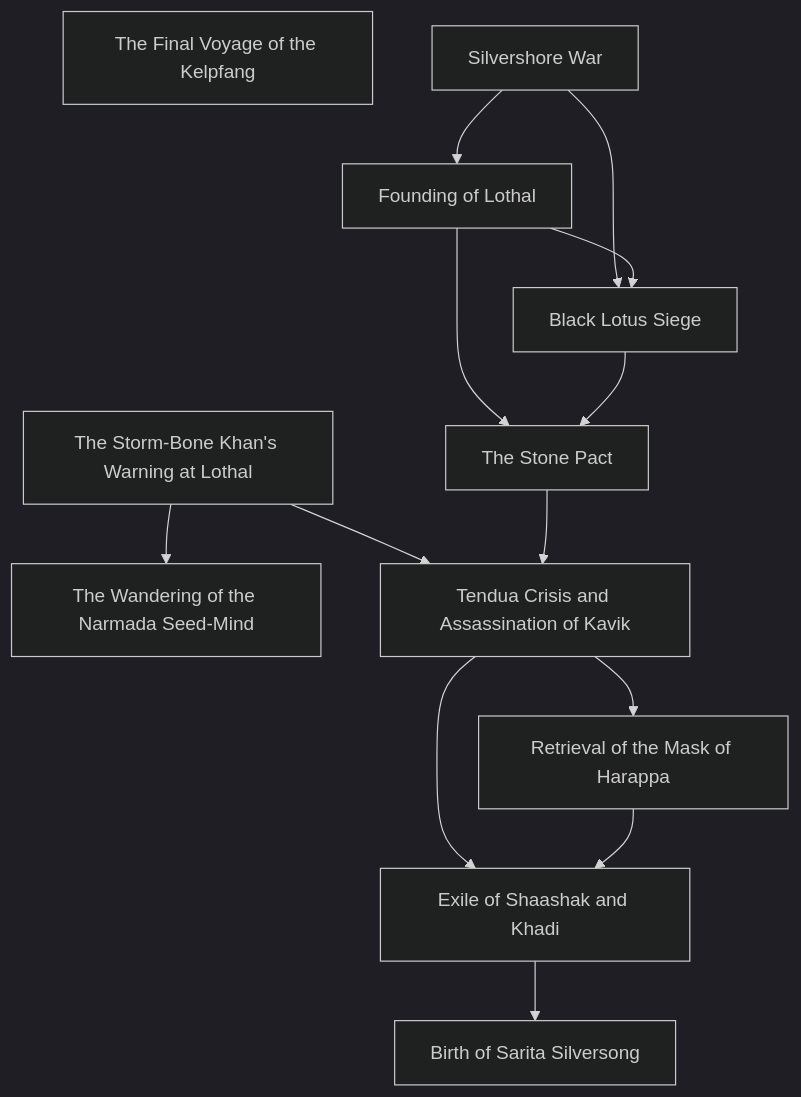
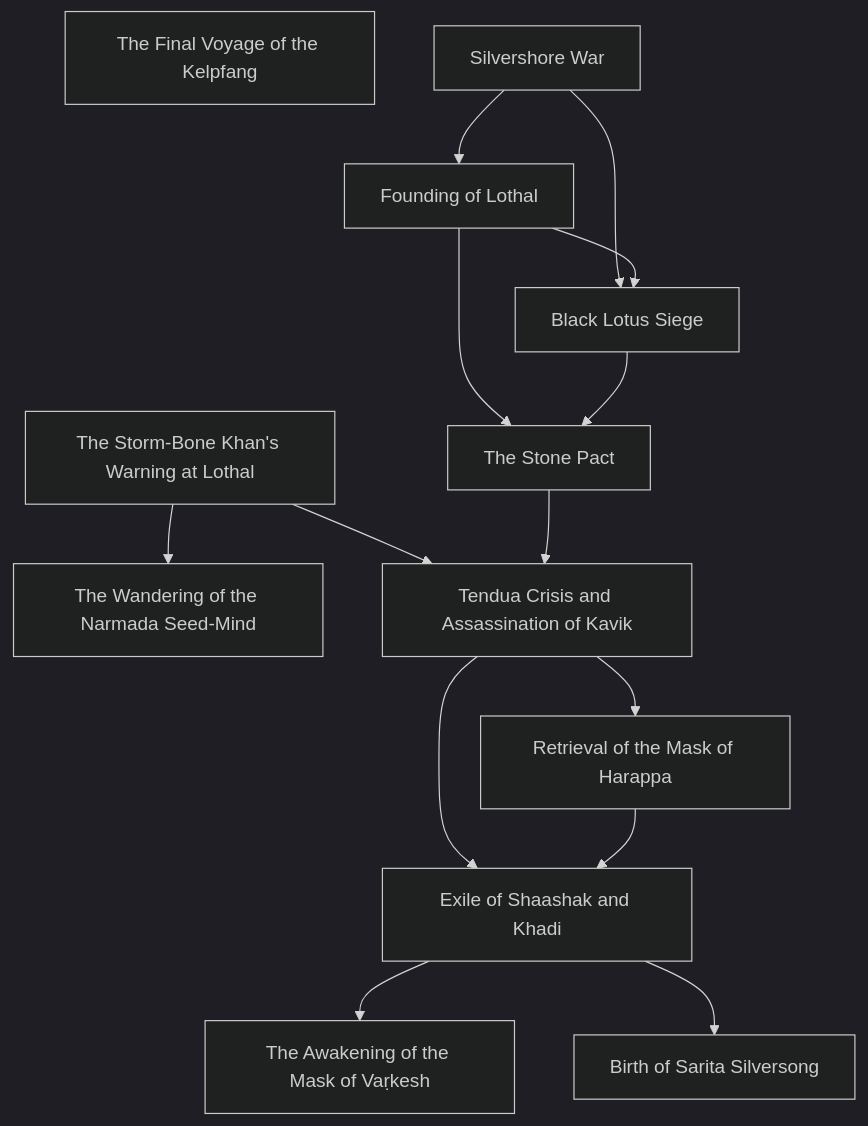
One commit to lordlebu/SouthOfTethys changed the fourth of 6 diagrams in docs/atlas.md. Above: the diagram before and after it, drawn with Mermaid (dark theme). The commit also changed other lines of this file and 14 other files, not shown here.

````diff
--- a/docs/atlas.md
+++ b/docs/atlas.md
@@ -150,26 +150,28 @@
 ```mermaid
 graph TD
     E0["The Final Voyage of the Kelpfang"]
     E1["The Storm-Bone Khan's Warning at Lothal"]
     E2["The Wandering of the Narmada Seed-Mind"]
     E3["Silvershore War"]
     E4["Founding of Lothal"]
     E5["Black Lotus Siege"]
     E6["The Stone Pact"]
     E7["Tendua Crisis and Assassination of Kavik"]
     E8["Retrieval of the Mask of Harappa"]
     E9["Exile of Shaashak and Khadi"]
-    E10["Birth of Sarita Silversong"]
+    E10["The Awakening of the Mask of Vaṛkesh"]
+    E11["Birth of Sarita Silversong"]
     E1 --> E7
     E1 --> E2
     E3 --> E5
     E3 --> E4
     E4 --> E6
     E4 --> E5
     E5 --> E6
     E6 --> E7
     E7 --> E8
     E7 --> E9
     E8 --> E9
     E9 --> E10
+    E9 --> E11
 ```
````
